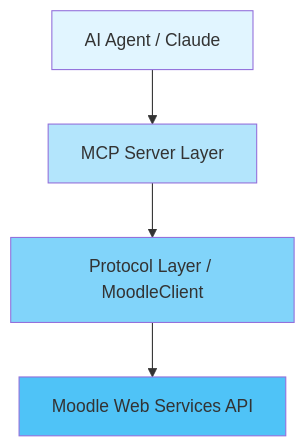
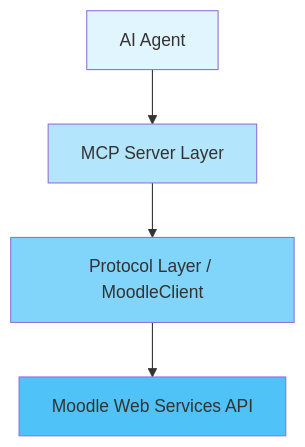
One commit to Hefi002/tfg-mcp-moodle-server changed the diagram in docs/index.md. Above: the diagram before and after it, drawn with Mermaid. The commit also changed other lines of this file and 7 other files, not shown here.

````diff
--- a/docs/index.md
+++ b/docs/index.md
@@ -22,11 +22,11 @@
 ```mermaid
 graph TB
-    A[AI Agent / Claude] --> B[MCP Server Layer]
+    A[AI Agent] --> B[MCP Server Layer]
     B --> C[Protocol Layer / MoodleClient]
     C --> D[Moodle Web Services API]
     
     style A fill:#e1f5ff
     style B fill:#b3e5fc
     style C fill:#81d4fa
     style D fill:#4fc3f7
 ```
````
